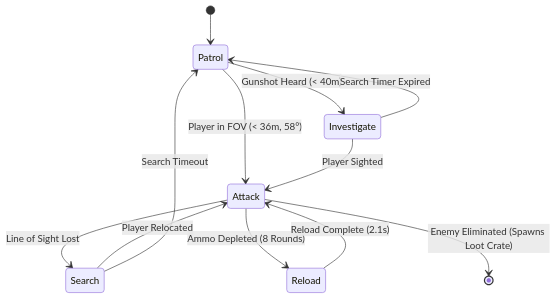
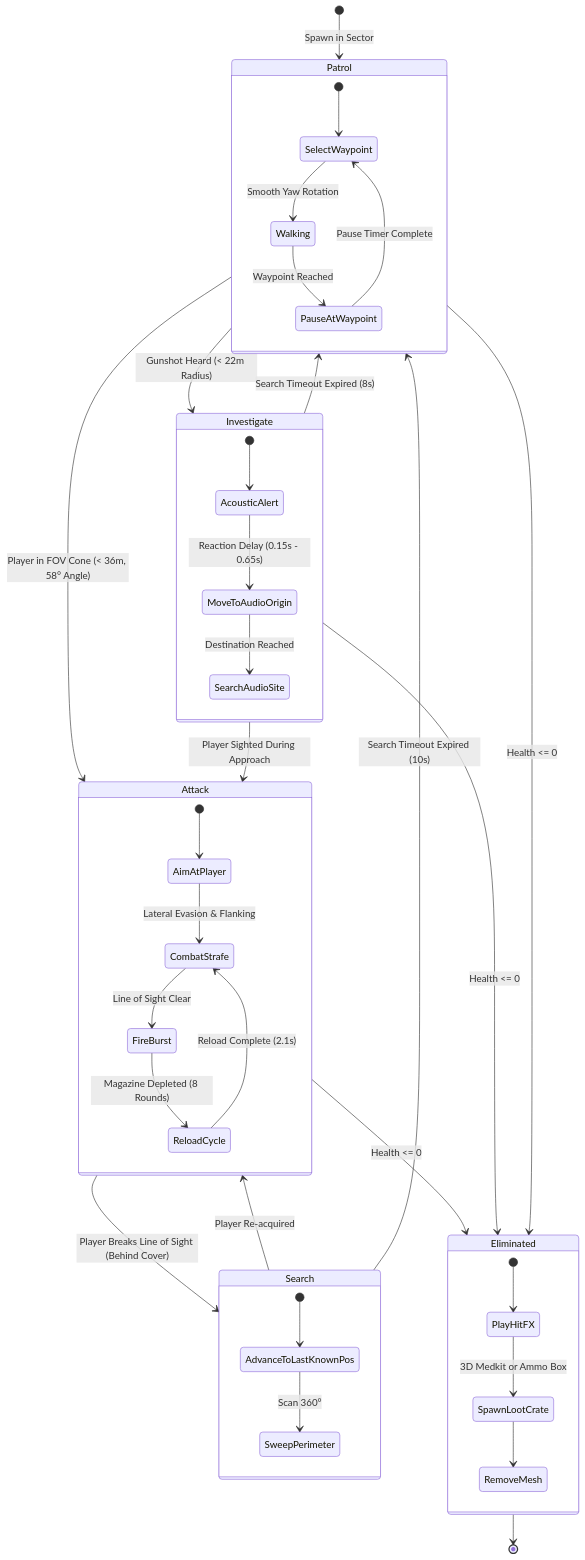
Before and after one commit to Snigdha-0210/Bomb_Defusal: the third of 7 diagrams in README.md, drawn with Mermaid. The commit also changed other lines of this file and 4 other files, not shown here.

Commit message:
docs & assets: enhance repository with tactical screenshots, architecture diagrams, FSM flowcharts, audio graphs and fix investigation export

````diff
--- a/README.md
+++ b/README.md
@@ -111,14 +166,53 @@
 ```mermaid
 stateDiagram-v2
-    [*] --> Patrol
-    Patrol --> Investigate: Gunshot Heard (< 40m)
-    Patrol --> Attack: Player in FOV (< 36m, 58°)
-    Investigate --> Attack: Player Sighted
-    Investigate --> Patrol: Search Timer Expired
-    Attack --> Search: Line of Sight Lost
-    Attack --> Reload: Ammo Depleted (8 Rounds)
-    Reload --> Attack: Reload Complete (2.1s)
-    Search --> Attack: Player Relocated
-    Search --> Patrol: Search Timeout
-    Attack --> [*]: Enemy Eliminated (Spawns Loot Crate)
+    [*] --> Patrol: Spawn in Sector
+    
+    state Patrol {
+        [*] --> SelectWaypoint
+        SelectWaypoint --> Walking: Smooth Yaw Rotation
+        Walking --> PauseAtWaypoint: Waypoint Reached
+        PauseAtWaypoint --> SelectWaypoint: Pause Timer Complete
+    }
+
+    Patrol --> Investigate: Gunshot Heard (< 22m Radius)
+    Patrol --> Attack: Player in FOV Cone (< 36m, 58° Angle)
+    
+    state Investigate {
+        [*] --> AcousticAlert
+        AcousticAlert --> MoveToAudioOrigin: Reaction Delay (0.15s - 0.65s)
+        MoveToAudioOrigin --> SearchAudioSite: Destination Reached
+    }
+
+    Investigate --> Attack: Player Sighted During Approach
+    Investigate --> Patrol: Search Timeout Expired (8s)
+
+    state Attack {
+        [*] --> AimAtPlayer
+        AimAtPlayer --> CombatStrafe: Lateral Evasion & Flanking
+        CombatStrafe --> FireBurst: Line of Sight Clear
+        FireBurst --> ReloadCycle: Magazine Depleted (8 Rounds)
+        ReloadCycle --> CombatStrafe: Reload Complete (2.1s)
+    }
+
+    Attack --> Search: Player Breaks Line of Sight (Behind Cover)
+    
+    state Search {
+        [*] --> AdvanceToLastKnownPos
+        AdvanceToLastKnownPos --> SweepPerimeter: Scan 360°
+    }
+
+    Search --> Attack: Player Re-acquired
+    Search --> Patrol: Search Timeout Expired (10s)
+    
+    Attack --> Eliminated: Health <= 0
+    Investigate --> Eliminated: Health <= 0
+    Patrol --> Eliminated: Health <= 0
+    
+    state Eliminated {
+        [*] --> PlayHitFX
+        PlayHitFX --> SpawnLootCrate: 3D Medkit or Ammo Box
+        SpawnLootCrate --> RemoveMesh
+    }
+    
+    Eliminated --> [*]
 ```
````
